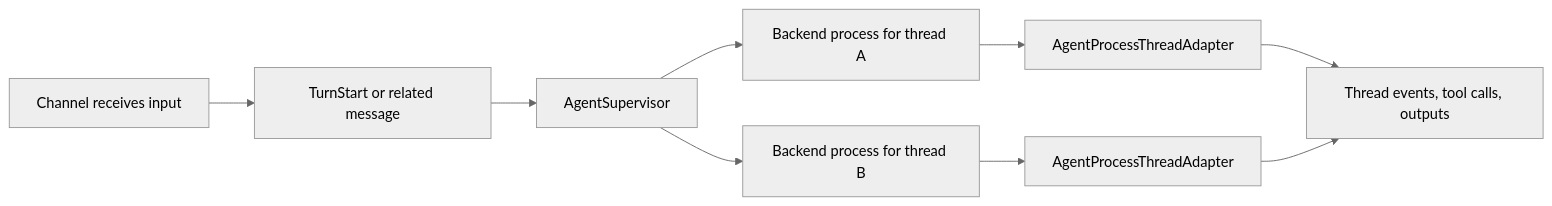
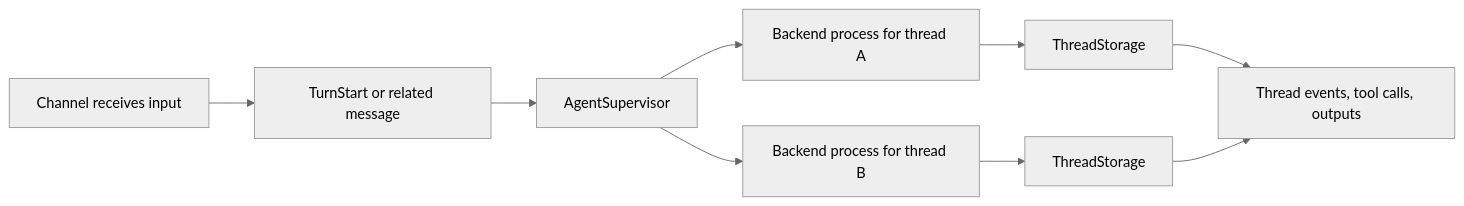
Before and after one commit to meshagent/meshagent-docs: the diagram in agents/process/architecture.mdx, drawn with Mermaid (neutral theme). The commit also changed other lines of this file and 19 other files, not shown here.

````diff
--- a/agents/process/architecture.mdx
+++ b/agents/process/architecture.mdx
@@ -38,11 +38,11 @@
 ```mermaid
 flowchart LR
     A["Channel receives input"] --> B["TurnStart or related message"]
     B --> C["AgentSupervisor"]
     C --> D["Backend process for thread A"]
     C --> E["Backend process for thread B"]
-    D --> F["AgentProcessThreadAdapter"]
-    E --> G["AgentProcessThreadAdapter"]
+    D --> F["ThreadStorage"]
+    E --> G["ThreadStorage"]
     F --> H["Thread events, tool calls, outputs"]
     G --> H
 ```
````
